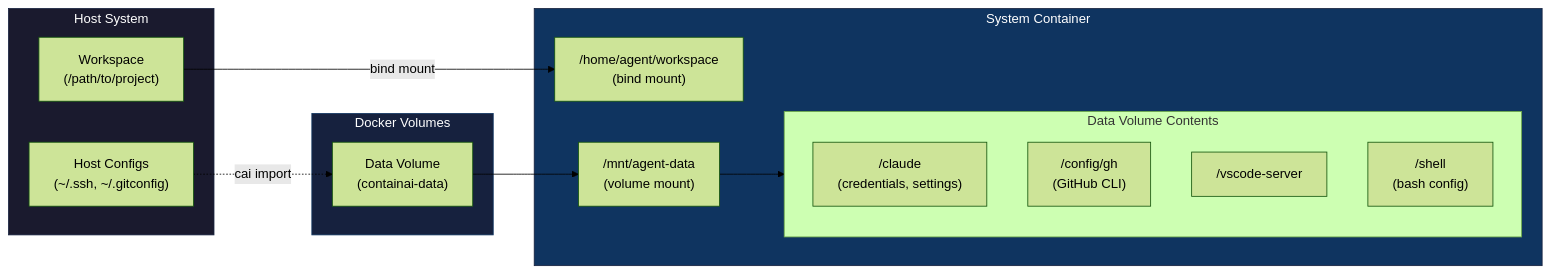
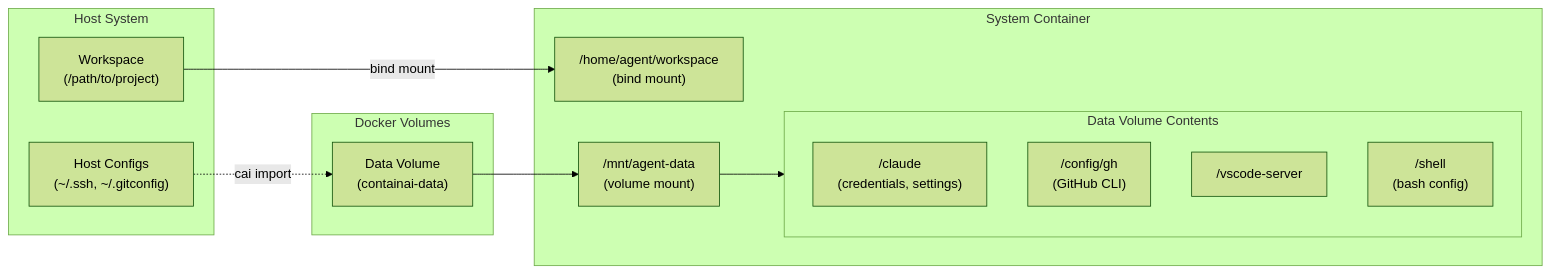
One commit to novotnyllc/ContainAI changed the tenth of 11 diagrams in docs/architecture.md. Above: the diagram before and after it, drawn with Mermaid (forest theme). The commit also changed other lines of this file and 14 other files, not shown here.

````diff
--- a/docs/architecture.md
+++ b/docs/architecture.md
@@ -486,32 +468,29 @@
 ```mermaid
 flowchart LR
     subgraph Host["Host System"]
         Workspace["Workspace<br/>(/path/to/project)"]
         HostConfigs["Host Configs<br/>(~/.ssh, ~/.gitconfig)"]
     end
 
     subgraph Volumes["Docker Volumes"]
         DataVol["Data Volume<br/>(containai-data)"]
     end
 
     subgraph Container["System Container"]
         WorkMount["/home/agent/workspace<br/>(bind mount)"]
         DataMount["/mnt/agent-data<br/>(volume mount)"]
 
         subgraph DataStructure["Data Volume Contents"]
             Claude["/claude<br/>(credentials, settings)"]
             GH["/config/gh<br/>(GitHub CLI)"]
             VSCode["/vscode-server"]
             Shell["/shell<br/>(bash config)"]
         end
     end
 
     Workspace -->|"bind mount"| WorkMount
     DataVol --> DataMount
     DataMount --> DataStructure
     HostConfigs -.->|"cai import"| DataVol
 
-    style Host fill:#1a1a2e,stroke:#16213e,color:#fff
-    style Volumes fill:#16213e,stroke:#0f3460,color:#fff
-    style Container fill:#0f3460,stroke:#16213e,color:#fff
 ```
````
